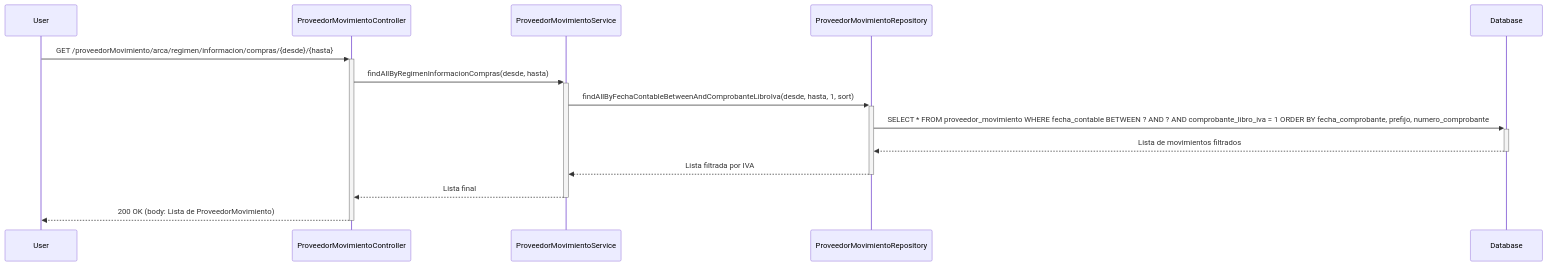
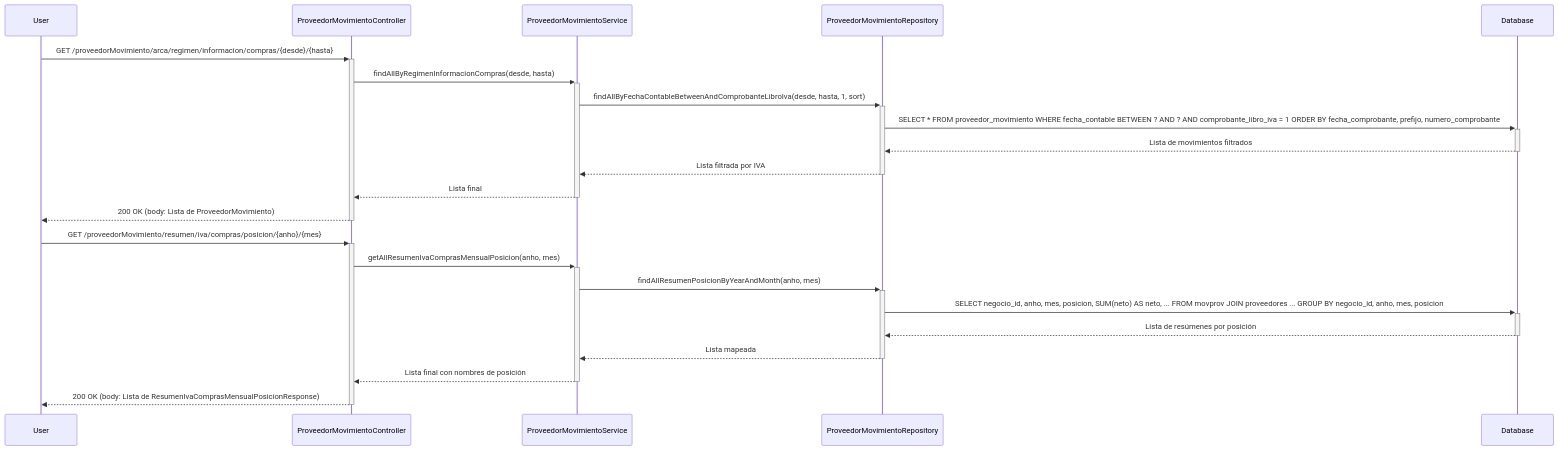
The diagram in docs/diagrams/mermaid/proveedor-sequence-diagram.mmd (ETEREA-services/ETEREA.core-service), drawn with Mermaid before and after one commit. The commit also changed 15 other files, not shown here.

First line of the commit message:
feat(proveedorMovimiento): añadir endpoint de resumen mensual de IVA de compras por posición

```diff
--- a/docs/diagrams/mermaid/proveedor-sequence-diagram.mmd
+++ b/docs/diagrams/mermaid/proveedor-sequence-diagram.mmd
@@ -1,15 +1,24 @@
 sequenceDiagram
     participant User
     participant PC as ProveedorMovimientoController
     participant PS as ProveedorMovimientoService
     participant PR as ProveedorMovimientoRepository
     participant DB as Database
 
     User->>+PC: GET /proveedorMovimiento/arca/regimen/informacion/compras/{desde}/{hasta}
     PC->>+PS: findAllByRegimenInformacionCompras(desde, hasta)
     PS->>+PR: findAllByFechaContableBetweenAndComprobanteLibroIva(desde, hasta, 1, sort)
     PR->>+DB: SELECT * FROM proveedor_movimiento WHERE fecha_contable BETWEEN ? AND ? AND comprobante_libro_iva = 1 ORDER BY fecha_comprobante, prefijo, numero_comprobante
     DB-->>-PR: Lista de movimientos filtrados
     PR-->>-PS: Lista filtrada por IVA
     PS-->>-PC: Lista final
     PC-->>-User: 200 OK (body: Lista de ProveedorMovimiento)
+
+    User->>+PC: GET /proveedorMovimiento/resumen/iva/compras/posicion/{anho}/{mes}
+    PC->>+PS: getAllResumenIvaComprasMensualPosicion(anho, mes)
+    PS->>+PR: findAllResumenPosicionByYearAndMonth(anho, mes)
+    PR->>+DB: SELECT negocio_id, anho, mes, posicion, SUM(neto) AS neto, ... FROM movprov JOIN proveedores ... GROUP BY negocio_id, anho, mes, posicion
+    DB-->>-PR: Lista de resúmenes por posición
+    PR-->>-PS: Lista mapeada
+    PS-->>-PC: Lista final con nombres de posición
+    PC-->>-User: 200 OK (body: Lista de ResumenIvaComprasMensualPosicionResponse)
```
